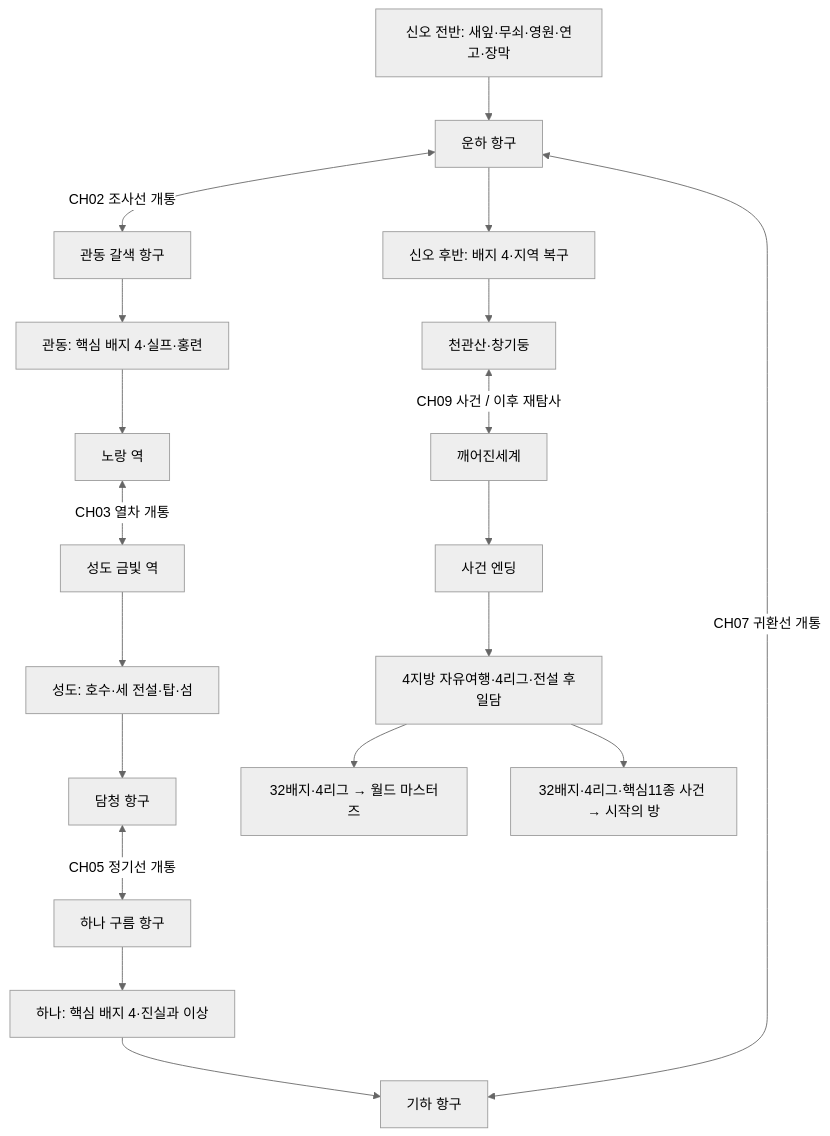
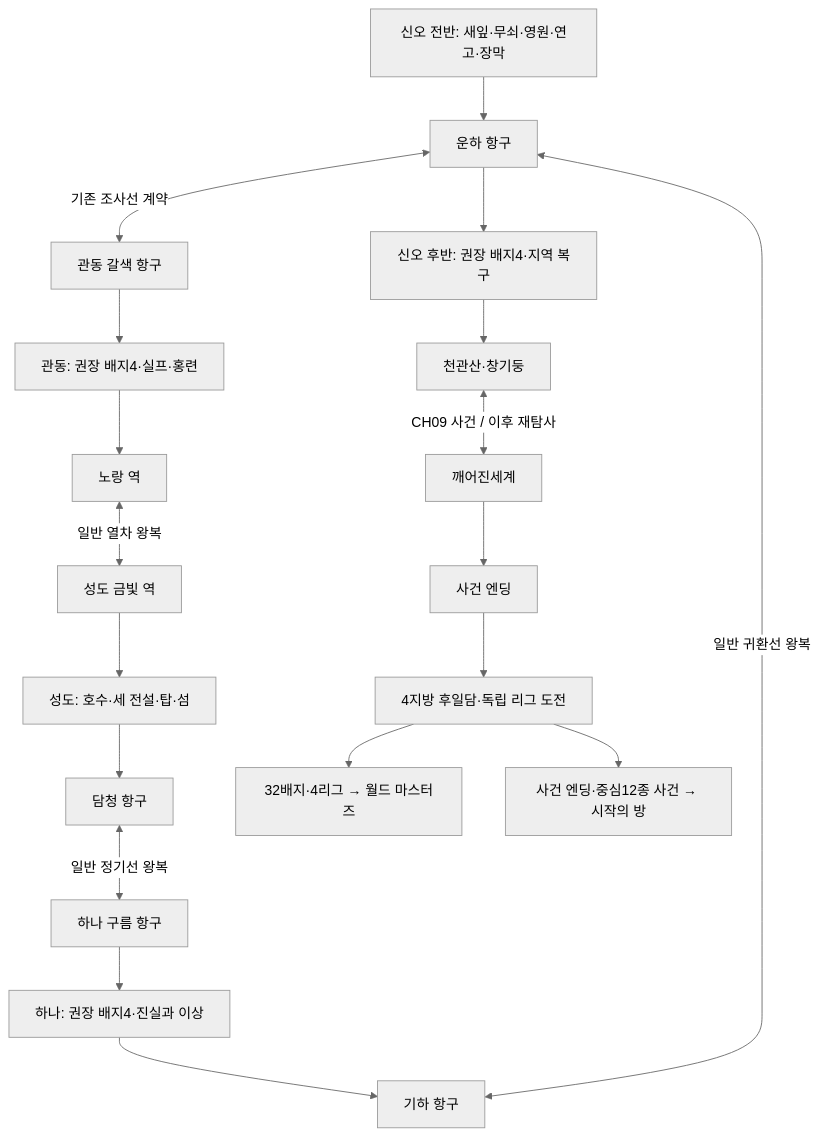
One commit to leejayy4/poketmon_nexus changed the diagram in docs/개발용_초안맵.md. Above: the diagram before and after it, drawn with Mermaid (neutral theme). The commit also changed other lines of this file and 445 other files, not shown here.

````diff
--- a/docs/개발용_초안맵.md
+++ b/docs/개발용_초안맵.md
@@ -32,21 +38,21 @@
 ```mermaid
 flowchart TD
   S[신오 전반: 새잎·무쇠·영원·연고·장막] --> SP[운하 항구]
-  SP <-->|CH02 조사선 개통| KP[관동 갈색 항구]
-  KP --> K[관동: 핵심 배지 4·실프·홍련]
+  SP <-->|기존 조사선 계약| KP[관동 갈색 항구]
+  KP --> K[관동: 권장 배지4·실프·홍련]
   K --> KT[노랑 역]
-  KT <-->|CH03 열차 개통| JT[성도 금빛 역]
+  KT <-->|일반 열차 왕복| JT[성도 금빛 역]
   JT --> J[성도: 호수·세 전설·탑·섬]
   J --> JP[담청 항구]
-  JP <-->|CH05 정기선 개통| UP[하나 구름 항구]
-  UP --> U[하나: 핵심 배지 4·진실과 이상]
+  JP <-->|일반 정기선 왕복| UP[하나 구름 항구]
+  UP --> U[하나: 권장 배지4·진실과 이상]
   U --> UH[기하 항구]
-  UH <-->|CH07 귀환선 개통| SP
-  SP --> SF[신오 후반: 배지 4·지역 복구]
+  UH <-->|일반 귀환선 왕복| SP
+  SP --> SF[신오 후반: 권장 배지4·지역 복구]
   SF --> MT[천관산·창기둥]
   MT <-->|CH09 사건 / 이후 재탐사| DW[깨어진세계]
   DW --> END[사건 엔딩]
-  END --> FREE[4지방 자유여행·4리그·전설 후일담]
+  END --> FREE[4지방 후일담·독립 리그 도전]
   FREE --> WM[32배지·4리그 → 월드 마스터즈]
-  FREE --> AR[32배지·4리그·핵심11종 사건 → 시작의 방]
+  FREE --> AR[사건 엔딩·중심12종 사건 → 시작의 방]
 ```
````
